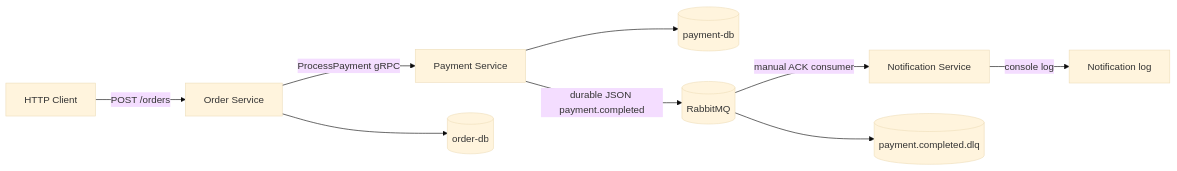
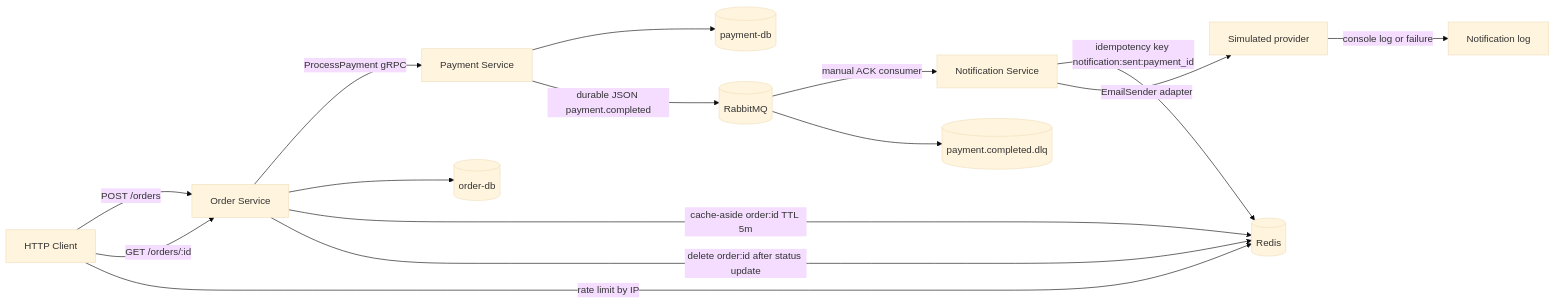
One commit to maqsatto/ap2-assignment-1 changed the diagram in README.md. Above: the diagram before and after it, drawn with Mermaid (base theme). The commit also changed other lines of this file and 21 other files, not shown here.

````diff
--- a/README.md
+++ b/README.md
@@ -19,12 +23,17 @@
 ```mermaid
 flowchart LR
     Client[HTTP Client] -->|POST /orders| Order[Order Service]
+    Client -->|GET /orders/:id| Order
+    Client -->|rate limit by IP| Redis[(Redis)]
     Order -->|ProcessPayment gRPC| Payment[Payment Service]
     Order --> OrderDB[(order-db)]
+    Order -->|cache-aside order:id TTL 5m| Redis
+    Order -->|delete order:id after status update| Redis
     Payment --> PaymentDB[(payment-db)]
     Payment -->|durable JSON payment.completed| Rabbit[(RabbitMQ)]
     Rabbit -->|manual ACK consumer| Notification[Notification Service]
     Rabbit --> DLQ[(payment.completed.dlq)]
-
-    Notification -->|console log| Log[Notification log]
+    Notification -->|idempotency key notification:sent:payment_id| Redis
+    Notification -->|EmailSender adapter| Provider[Simulated provider]
+    Provider -->|console log or failure| Log[Notification log]
 ```
````
